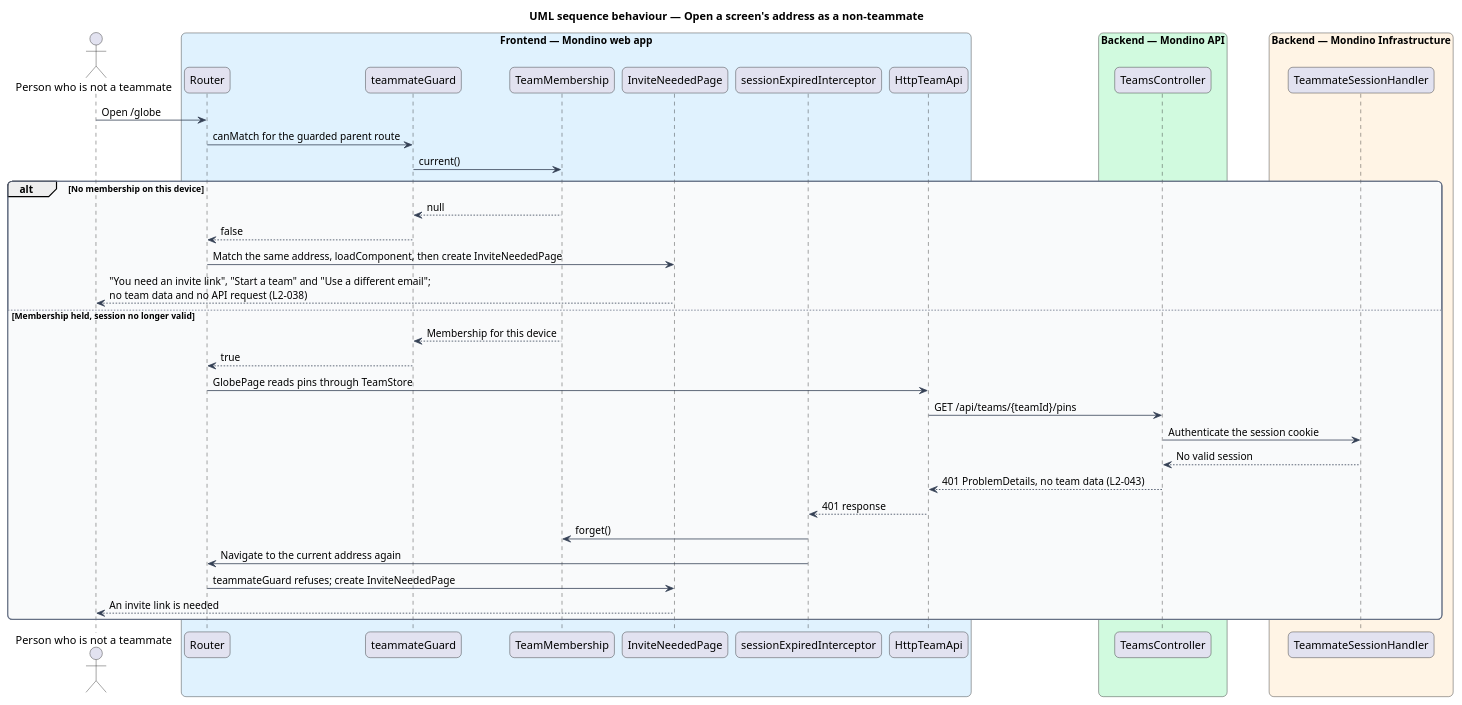
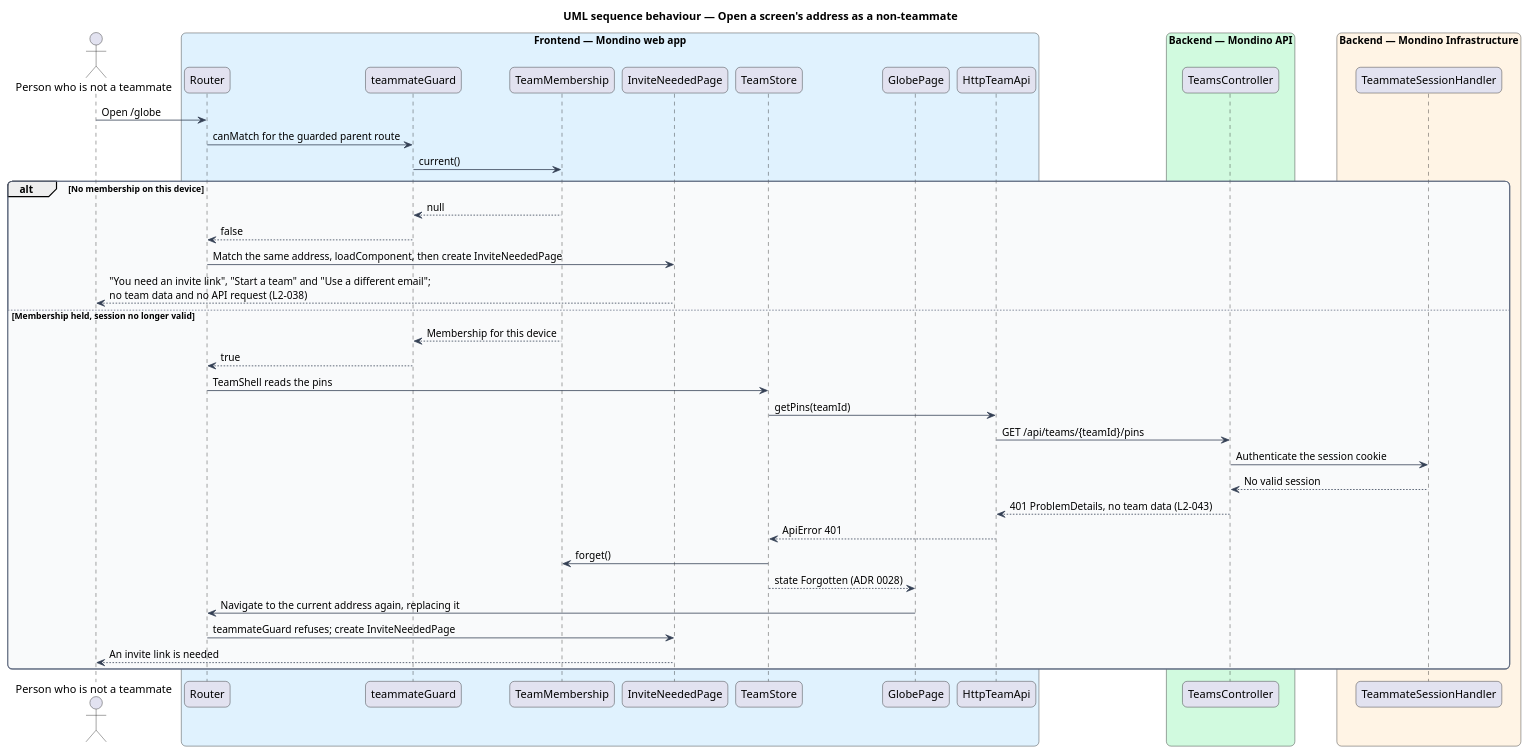
One commit to QuinntyneBrown/Mondino changed the diagram in docs/detailed-designs/platform/adapt-to-every-width/diagrams/sequence-open-address-as-non-teammate.puml. Above: the diagram before and after it, drawn with PlantUML. The commit also changed 24 other files, not shown here.

```diff
--- a/docs/detailed-designs/platform/adapt-to-every-width/diagrams/sequence-open-address-as-non-teammate.puml
+++ b/docs/detailed-designs/platform/adapt-to-every-width/diagrams/sequence-open-address-as-non-teammate.puml
@@ -1,54 +1,57 @@
 @startuml
 title UML sequence behaviour — Open a screen's address as a non-teammate
 skinparam backgroundColor #FFFFFF
 skinparam shadowing false
 skinparam roundcorner 12
 skinparam defaultFontName Arial
 skinparam ArrowColor #344054
 skinparam rectangle {
   BorderColor #344054
   FontColor #101828
 }
 skinparam package {
   BorderColor #667085
   FontColor #101828
   BackgroundColor #F9FAFB
 }
 actor "Person who is not a teammate" as actor
 box "Frontend — Mondino web app" #E0F2FE
   participant "Router" as router
   participant "teammateGuard" as guard
   participant "TeamMembership" as membership
   participant "InviteNeededPage" as needed
-  participant "sessionExpiredInterceptor" as expired
+  participant "TeamStore" as store
+  participant "GlobePage" as page
   participant "HttpTeamApi" as client
 end box
 box "Backend — Mondino API" #D1FADF
   participant "TeamsController" as controller
 end box
 box "Backend — Mondino Infrastructure" #FFF4E5
   participant "TeammateSessionHandler" as session
 end box
 actor -> router : Open /globe
 router -> guard : canMatch for the guarded parent route
 guard -> membership : current()
 alt No membership on this device
   membership --> guard : null
   guard --> router : false
   router -> needed : Match the same address, loadComponent, then create InviteNeededPage
   needed --> actor : "You need an invite link", "Start a team" and "Use a different email";\nno team data and no API request (L2-038)
 else Membership held, session no longer valid
   membership --> guard : Membership for this device
   guard --> router : true
-  router -> client : GlobePage reads pins through TeamStore
+  router -> store : TeamShell reads the pins
+  store -> client : getPins(teamId)
   client -> controller : GET /api/teams/{teamId}/pins
   controller -> session : Authenticate the session cookie
   session --> controller : No valid session
   controller --> client : 401 ProblemDetails, no team data (L2-043)
-  client --> expired : 401 response
-  expired -> membership : forget()
-  expired -> router : Navigate to the current address again
+  client --> store : ApiError 401
+  store -> membership : forget()
+  store --> page : state Forgotten (ADR 0028)
+  page -> router : Navigate to the current address again, replacing it
   router -> needed : teammateGuard refuses; create InviteNeededPage
   needed --> actor : An invite link is needed
 end
 @enduml
```
